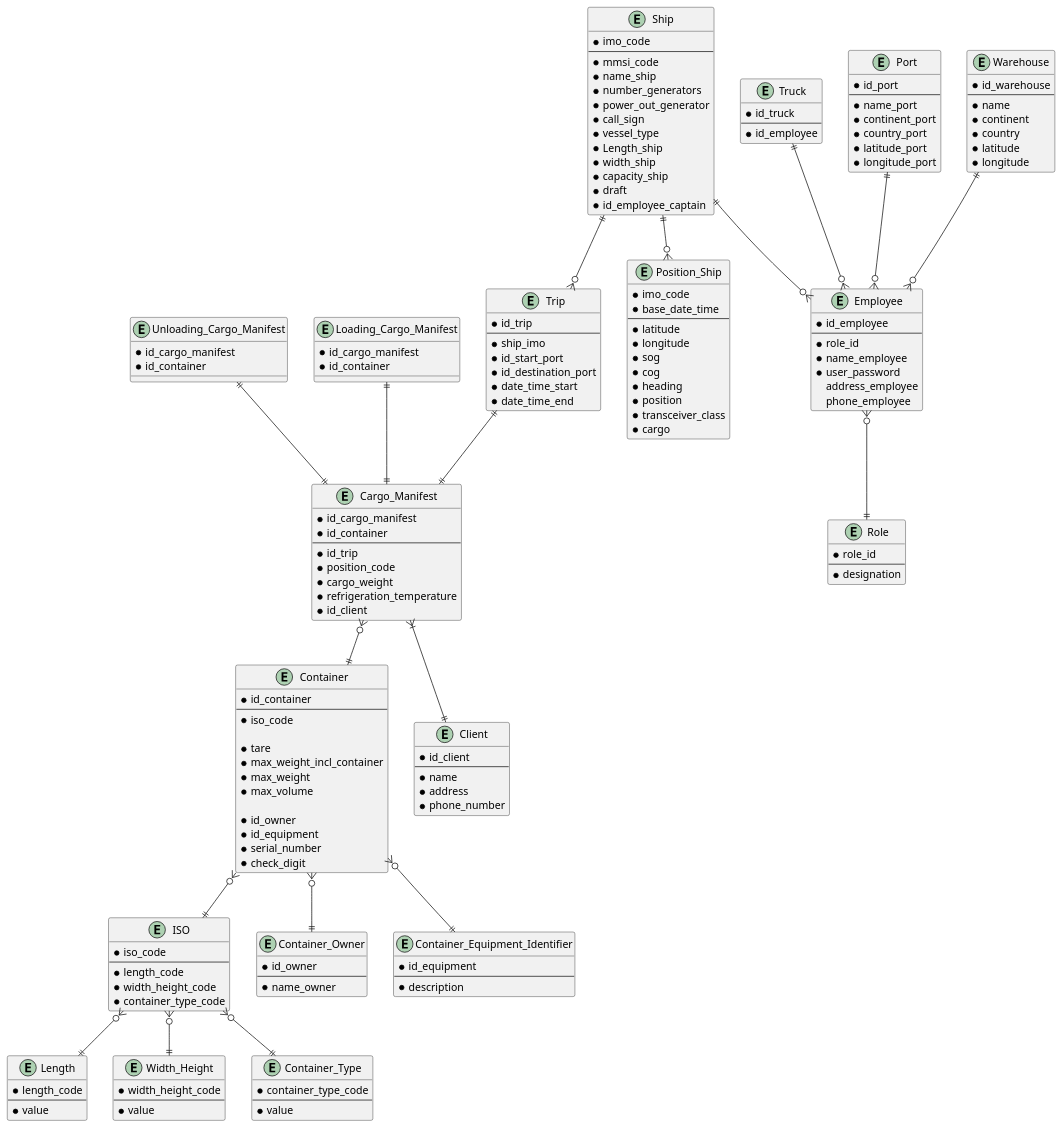
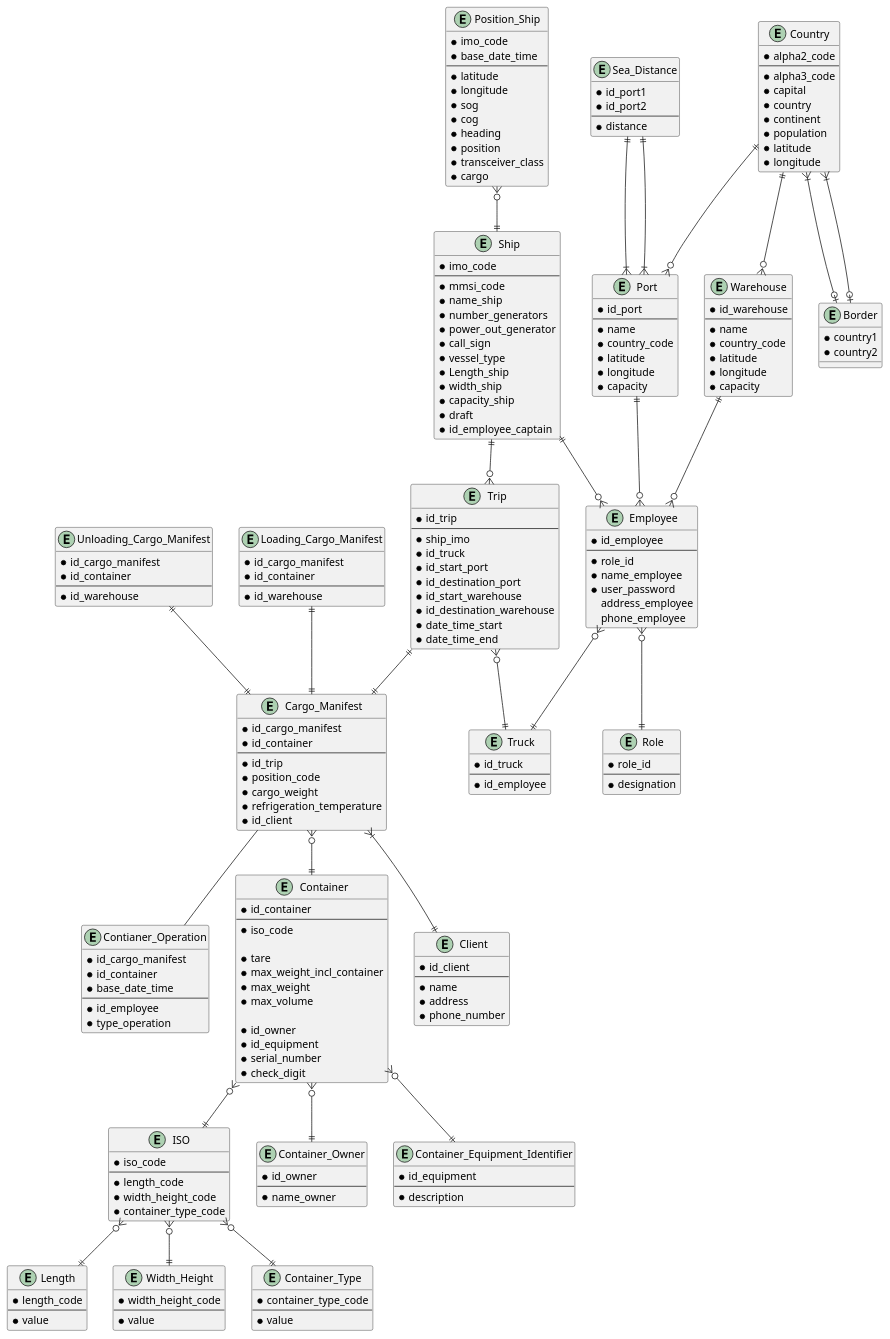
Before and after one commit to 1190772/LAB-Project-3: the diagram in docs/Sprint 3/US/US108/logical_model.puml, drawn with PlantUML. The commit also changed 1 other file, not shown here.

```diff
--- a/docs/Sprint 3/US/US108/logical_model.puml
+++ b/docs/Sprint 3/US/US108/logical_model.puml
@@ -1,11 +1,23 @@
 @startuml
+
+entity Contianer_Operation {
+* id_cargo_manifest
+* id_container
+* base_date_time
+--
+* id_employee
+* type_operation
+}
 
 entity Trip {
 * id_trip
 --
 * ship_imo
+* id_truck
 * id_start_port
 * id_destination_port
+* id_start_warehouse
+* id_destination_warehouse
 * date_time_start
 * date_time_end
 }
@@ -66,11 +78,15 @@
 entity Unloading_Cargo_Manifest {
 * id_cargo_manifest
 * id_container
+--
+* id_warehouse
 }
 
 entity Loading_Cargo_Manifest {
 * id_cargo_manifest
 * id_container
+--
+* id_warehouse
 }
 
 entity Truck {
@@ -98,21 +114,21 @@
 entity Port {
 * id_port
 --
-* name_port
-* continent_port
-* country_port
-* latitude_port
-* longitude_port
+* name
+* country_code
+* latitude
+* longitude
+* capacity
 }
 
 entity Warehouse {
 * id_warehouse
 --
 * name
-* continent
-* country
+* country_code
 * latitude
 * longitude
+* capacity
 }
 
 entity Employee{
@@ -165,6 +181,30 @@
 * description
 }
 
+entity Country {
+* alpha2_code
+--
+* alpha3_code
+* capital
+* country
+* continent
+* population
+* latitude
+* longitude
+}
+
+entity Border {
+* country1
+* country2
+}
+
+entity Sea_Distance {
+* id_port1
+* id_port2
+--
+* distance
+}
+
 ISO }o--|| Length
 ISO }o--|| Width_Height
 ISO }o--|| Container_Type
@@ -175,9 +215,10 @@
 Trip ||--|| Cargo_Manifest
 Cargo_Manifest }o--|| Container
 Cargo_Manifest }|--|| Client
-Ship ||--o{ Position_Ship
+Position_Ship }o--|| Ship
 
-Truck ||--o{ Employee
+Employee }o--|| Truck
+Trip }o--|| Truck
 Ship ||--o{ Trip
 Ship ||--o{ Employee
 Warehouse ||--o{ Employee
@@ -187,4 +228,14 @@
 Unloading_Cargo_Manifest ||--|| Cargo_Manifest
 Loading_Cargo_Manifest ||--|| Cargo_Manifest
 
+Country ||--o{ Port
+Country ||--o{ Warehouse
+Country }|--o| Border
+Country }|--o| Border
+Sea_Distance ||--|{ Port
+Sea_Distance ||--|{ Port
+
+Cargo_Manifest -- Contianer_Operation
+
+
 @enduml
```
